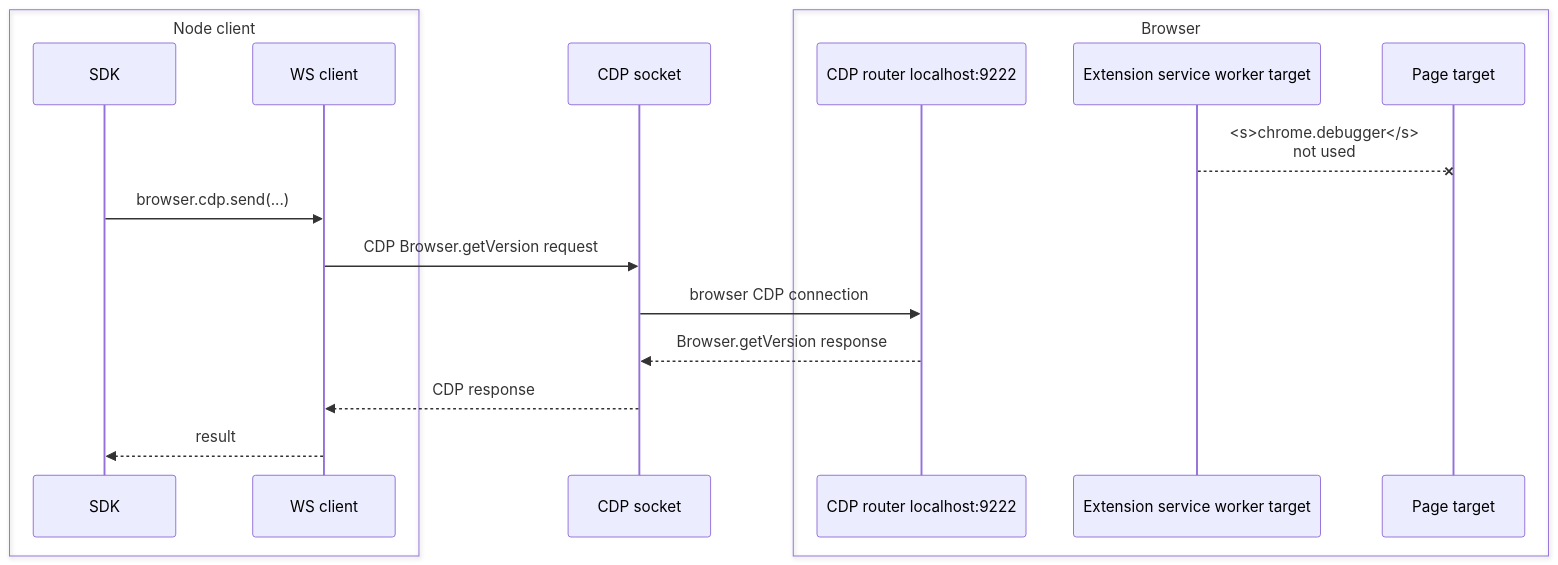
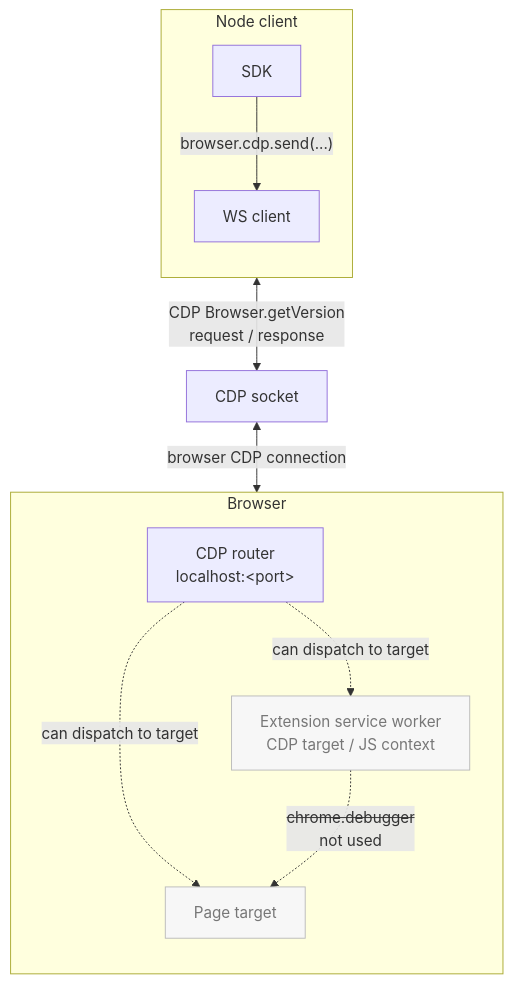
One commit to pirate/chrome-cdp-extension-bridge changed the first of 4 diagrams in README.md. Above: the diagram before and after it, drawn with Mermaid. The commit also changed other lines of this file, not shown here.

````diff
--- a/README.md
+++ b/README.md
@@ -43,21 +43,27 @@
 ```mermaid
-sequenceDiagram
-  box Node client
-    participant SDK as SDK
-    participant WS as WS client
-  end
-  participant Socket as CDP socket
-  box Browser
-    participant CDP as CDP router localhost:9222
-    participant SW as Extension service worker target
-    participant Page as Page target
+flowchart TB
+  subgraph Node["Node client"]
+    direction TB
+    SDK["SDK"]
+    WS["WS client"]
+    SDK -->|"browser.cdp.send(...)"| WS
   end
 
-  SW--xPage: <s>chrome.debugger</s><br/>not used
-  SDK->>WS: browser.cdp.send(...)
-  WS->>Socket: CDP Browser.getVersion request
-  Socket->>CDP: browser CDP connection
-  CDP-->>Socket: Browser.getVersion response
-  Socket-->>WS: CDP response
-  WS-->>SDK: result
+  Socket["CDP socket"]
+
+  subgraph Browser["Browser"]
+    direction TB
+    CDP["CDP router<br/>localhost:&lt;port&gt;"]
+    SW["Extension service worker<br/>CDP target / JS context"]
+    Page["Page target"]
+    CDP -. "can dispatch to target" .-> SW
+    CDP -. "can dispatch to target" .-> Page
+    SW -. "<s>chrome.debugger</s><br/>not used" .-> Page
+  end
+
+  WS <-->|"CDP Browser.getVersion<br/>request / response"| Socket
+  Socket <-->|"browser CDP connection"| CDP
+
+  classDef idle fill:#f7f7f7,stroke:#bbb,color:#777;
+  class SW,Page idle;
 ```
````
